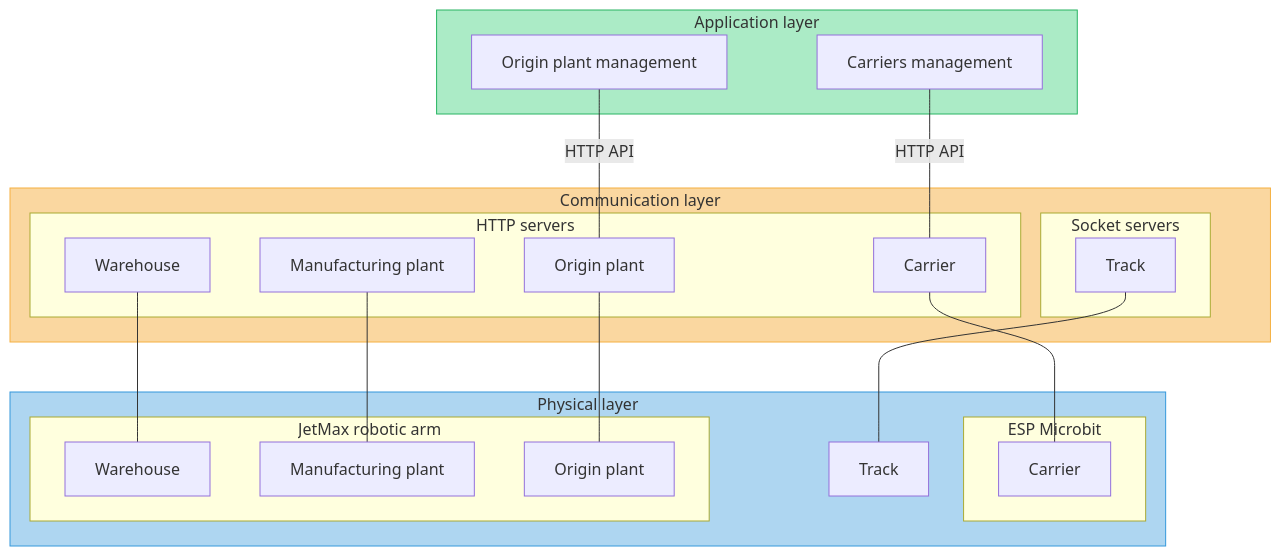
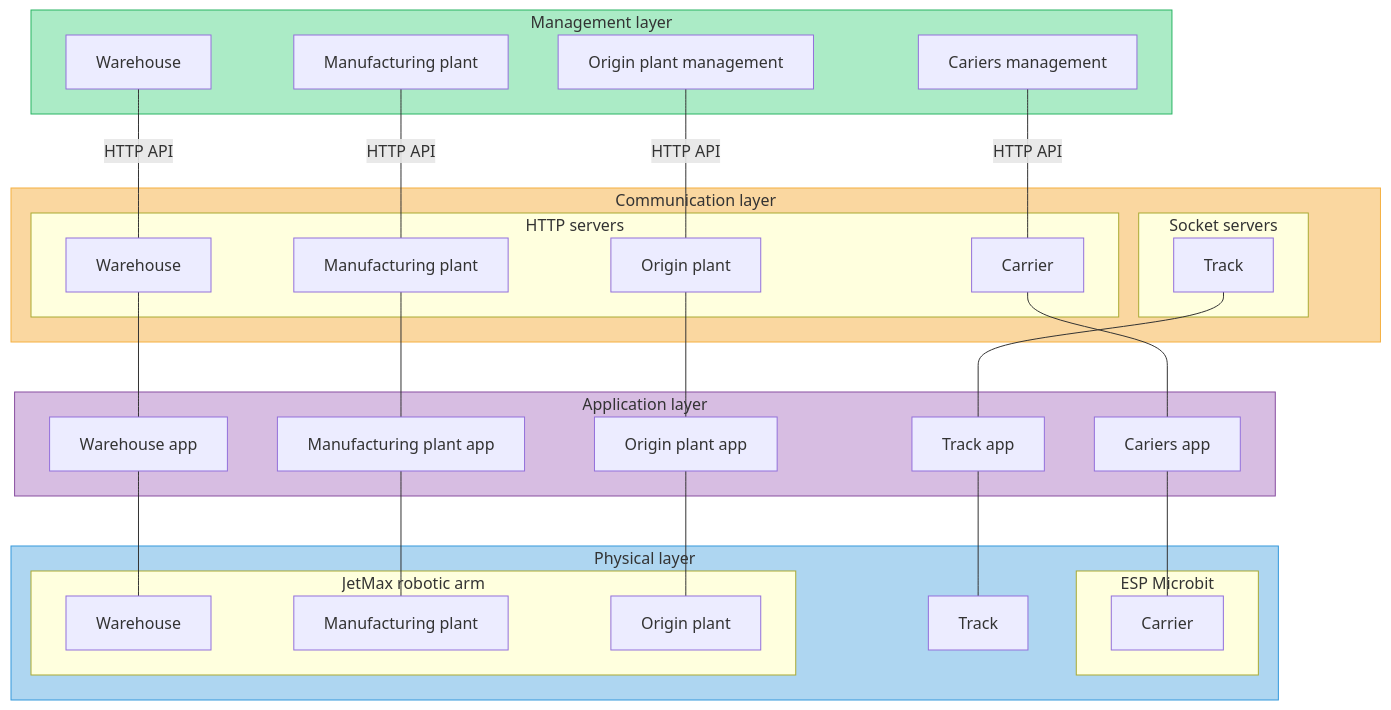
Before and after one commit to fsprojekti/shr-mfg-platform: the diagram in README.md, drawn with Mermaid.

Commit message:
Update README.md
Added another layer of application for managing phisical layer

````diff
--- a/README.md
+++ b/README.md
@@ -12,43 +12,65 @@
 ```mermaid
 graph TD
-subgraph ML[Application layer]
+subgraph ML[Management layer]
     MO[Origin plant management]
-    MC[Carriers management ]
+    MC[Cariers management ]
+    MW[Warehouse]
+
+    MM[Manufacturing plant]
+
 end
 subgraph CL[Communication layer]
     subgraph CL1[HTTP servers]
     CC[Carrier]
     CO[Origin plant]
     CW[Warehouse]
     CM[Manufacturing plant]
     end
     subgraph CL2[Socket servers]
     CT[Track]
     end
 end
+subgraph AL[Application layer]
+    AO[Origin plant app]
+    AC[Cariers app]
+    AW[Warehouse app]
+    AM[Manufacturing plant app]
+    AT[Track app]
+end
 subgraph PL[Physical layer]
- T[Track]
+    T[Track]
     subgraph PL1[ESP Microbit]
     C[Carrier]
     end
    
     subgraph PL2[JetMax robotic arm]
         W[Warehouse]
         M[Manufacturing plant]
         O[Origin plant]
     end
 end
-CC---C
+AT---T
+AO---O
+AC---C
+AW---W
+AM---M
+
+CO---AO
+CC---AC
+CW---AW
+CM---AM
+CT---AT
+
 MO---|HTTP API|CO
+MW---|HTTP API|CW
 MC---|HTTP API|CC
-CO---O
-CM---M
-CW---W
-CT---T
+MM---|HTTP API|CM
+
 
 
 style CL fill:#FAD7A0, stroke:#F5B041
 style PL fill:#AED6F1, stroke:#3498DB
 style ML fill:#ABEBC6, stroke:#28B463
+style AL fill:#D7BDE2, stroke:#884EA0
 
 ```
````
